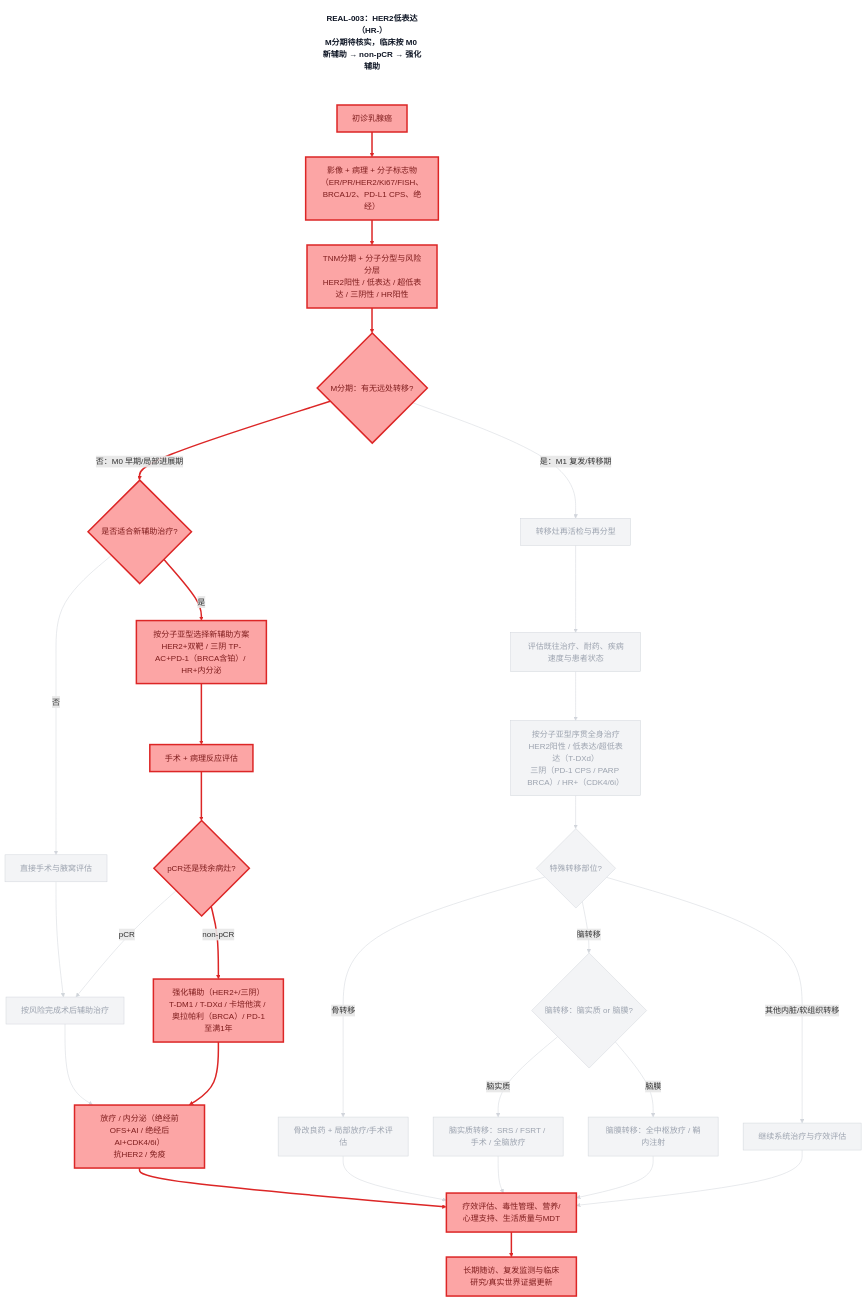
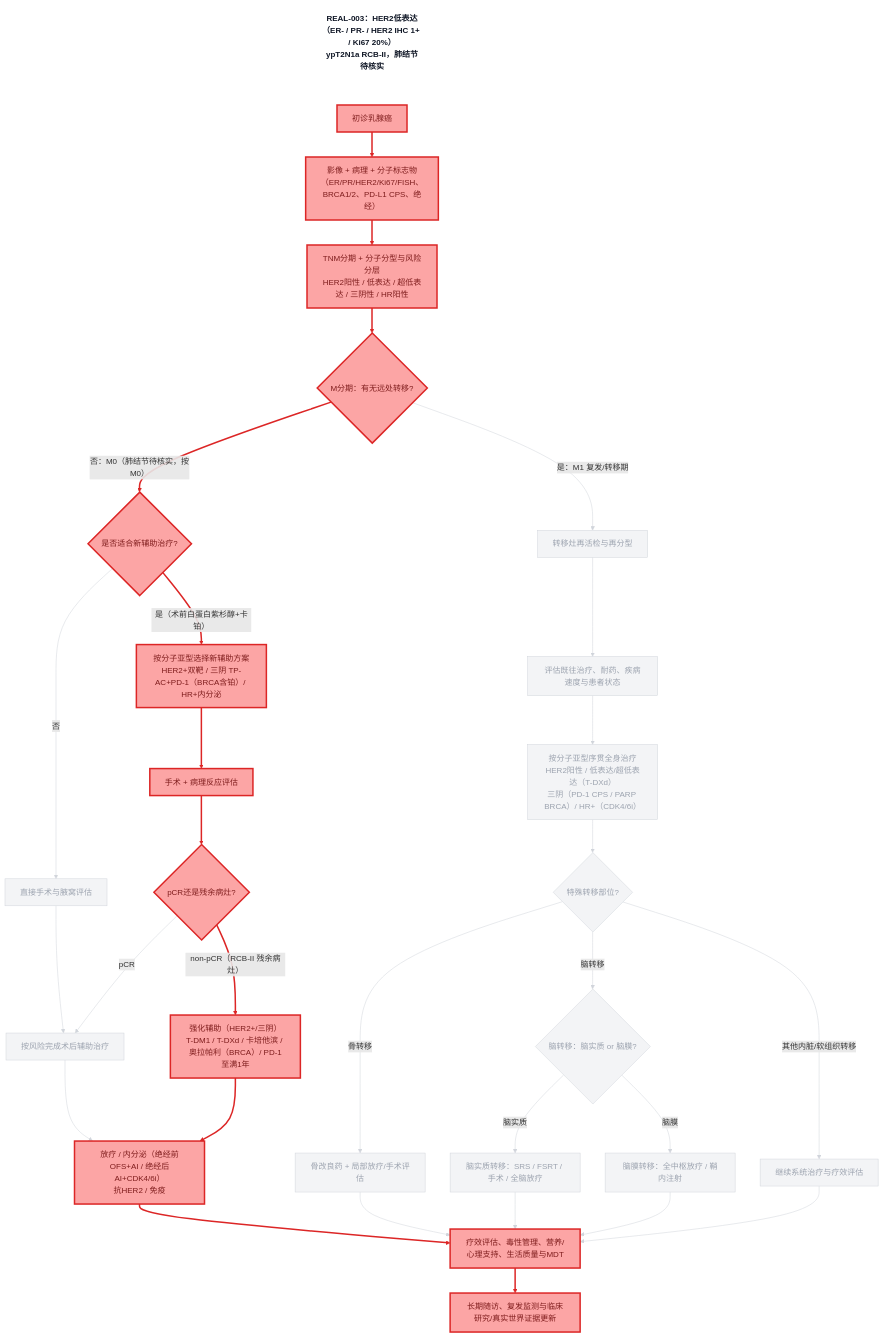
One commit to dongjb741280/breast-cancer changed the diagram in diagrams/decision-chain-REAL-003.mmd. Above: the diagram before and after it, drawn with Mermaid. The commit also changed 21 other files, not shown here.

First line of the commit message:
Show raw evidence on decision-chain diagrams

```diff
--- a/diagrams/decision-chain-REAL-003.mmd
+++ b/diagrams/decision-chain-REAL-003.mmd
@@ -1,109 +1,109 @@
 graph TD
-    TITLE["REAL-003：HER2低表达（HR-）<br/>M分期待核实，临床按 M0 新辅助 → non-pCR → 强化辅助"]
+    TITLE["REAL-003：HER2低表达（ER- / PR- / HER2 IHC 1+ / Ki67 20%）<br/>ypT2N1a RCB-II，肺结节待核实"]
     A[初诊乳腺癌]
     B[影像 + 病理 + 分子标志物<br/>（ER/PR/HER2/Ki67/FISH、BRCA1/2、PD-L1 CPS、绝经）]
     C[TNM分期 + 分子分型与风险分层<br/>HER2阳性 / 低表达 / 超低表达 / 三阴性 / HR阳性]
     D{M分期：有无远处转移?}
     E{是否适合新辅助治疗?}
     F[按分子亚型选择新辅助方案<br/>HER2+双靶 / 三阴 TP-AC+PD-1（BRCA含铂）/ HR+内分泌]
     G[直接手术与腋窝评估]
     H[手术 + 病理反应评估]
     I{pCR还是残余病灶?}
     J[按风险完成术后辅助治疗]
     K[强化辅助（HER2+/三阴）<br/>T-DM1 / T-DXd / 卡培他滨 / 奥拉帕利（BRCA）/ PD-1至满1年]
     L[放疗 / 内分泌（绝经前OFS+AI / 绝经后AI+CDK4/6i）<br/>抗HER2 / 免疫]
     M[转移灶再活检与再分型]
     N[评估既往治疗、耐药、疾病速度与患者状态]
     O[按分子亚型序贯全身治疗<br/>HER2阳性 / 低表达/超低表达（T-DXd）<br/>三阴（PD-1 CPS / PARP BRCA）/ HR+（CDK4/6i）]
     P{特殊转移部位?}
     Q[骨改良药 + 局部放疗/手术评估]
     R{脑转移：脑实质 or 脑膜?}
     R1[脑实质转移：SRS / FSRT / 手术 / 全脑放疗]
     R2[脑膜转移：全中枢放疗 / 鞘内注射]
     S[继续系统治疗与疗效评估]
     T[疗效评估、毒性管理、营养/心理支持、生活质量与MDT]
     U[长期随访、复发监测与临床研究/真实世界证据更新]
     A --> B
     B --> C
     C --> D
-    D -->|否：M0 早期/局部进展期| E
-    E -->|是| F
+    D -->|否：M0（肺结节待核实，按M0）| E
+    E -->|是（术前白蛋白紫杉醇+卡铂）| F
     E -->|否| G
     F --> H
     G --> J
     H --> I
     I -->|pCR| J
-    I -->|non-pCR| K
+    I -->|non-pCR（RCB-II 残余病灶）| K
     J --> L
     K --> L
     D -->|是：M1 复发/转移期| M
     M --> N
     N --> O
     O --> P
     P -->|骨转移| Q
     P -->|脑转移| R
     P -->|其他内脏/软组织转移| S
     R -->|脑实质| R1
     R -->|脑膜| R2
     L --> T
     Q --> T
     R1 --> T
     R2 --> T
     S --> T
     T --> U
     TITLE ~~~ A
     classDef path fill:#fca5a5,stroke:#dc2626,color:#7f1d1d,stroke-width:3px;
     classDef dim fill:#f3f4f6,stroke:#d1d5db,color:#9ca3af,stroke-width:1px;
     classDef caption fill:#fff,stroke:none,color:#111827,font-weight:bold;
     class TITLE caption;
     class A path;
     class B path;
     class C path;
     class D path;
     class E path;
     class F path;
     class G dim;
     class H path;
     class I path;
     class J dim;
     class K path;
     class L path;
     class M dim;
     class N dim;
     class O dim;
     class P dim;
     class Q dim;
     class R dim;
     class R1 dim;
     class R2 dim;
     class S dim;
     class T path;
     class U path;
     linkStyle 0 stroke:#dc2626,stroke-width:3px;
     linkStyle 1 stroke:#dc2626,stroke-width:3px;
     linkStyle 2 stroke:#dc2626,stroke-width:3px;
     linkStyle 3 stroke:#dc2626,stroke-width:3px;
     linkStyle 4 stroke:#dc2626,stroke-width:3px;
     linkStyle 5 stroke:#d1d5db,stroke-width:1px;
     linkStyle 6 stroke:#dc2626,stroke-width:3px;
     linkStyle 7 stroke:#d1d5db,stroke-width:1px;
     linkStyle 8 stroke:#dc2626,stroke-width:3px;
     linkStyle 9 stroke:#d1d5db,stroke-width:1px;
     linkStyle 10 stroke:#dc2626,stroke-width:3px;
     linkStyle 11 stroke:#d1d5db,stroke-width:1px;
     linkStyle 12 stroke:#dc2626,stroke-width:3px;
     linkStyle 13 stroke:#d1d5db,stroke-width:1px;
     linkStyle 14 stroke:#d1d5db,stroke-width:1px;
     linkStyle 15 stroke:#d1d5db,stroke-width:1px;
     linkStyle 16 stroke:#d1d5db,stroke-width:1px;
     linkStyle 17 stroke:#d1d5db,stroke-width:1px;
     linkStyle 18 stroke:#d1d5db,stroke-width:1px;
     linkStyle 19 stroke:#d1d5db,stroke-width:1px;
     linkStyle 20 stroke:#d1d5db,stroke-width:1px;
     linkStyle 21 stroke:#d1d5db,stroke-width:1px;
     linkStyle 22 stroke:#dc2626,stroke-width:3px;
     linkStyle 23 stroke:#d1d5db,stroke-width:1px;
     linkStyle 24 stroke:#d1d5db,stroke-width:1px;
     linkStyle 25 stroke:#d1d5db,stroke-width:1px;
     linkStyle 26 stroke:#d1d5db,stroke-width:1px;
     linkStyle 27 stroke:#dc2626,stroke-width:3px;
```
